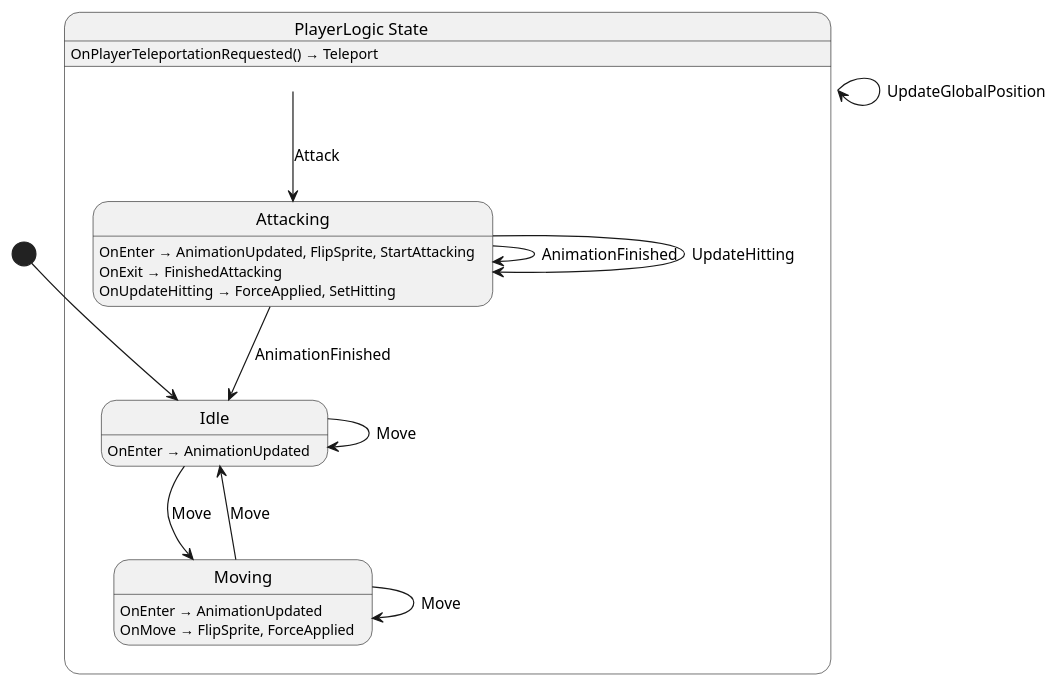
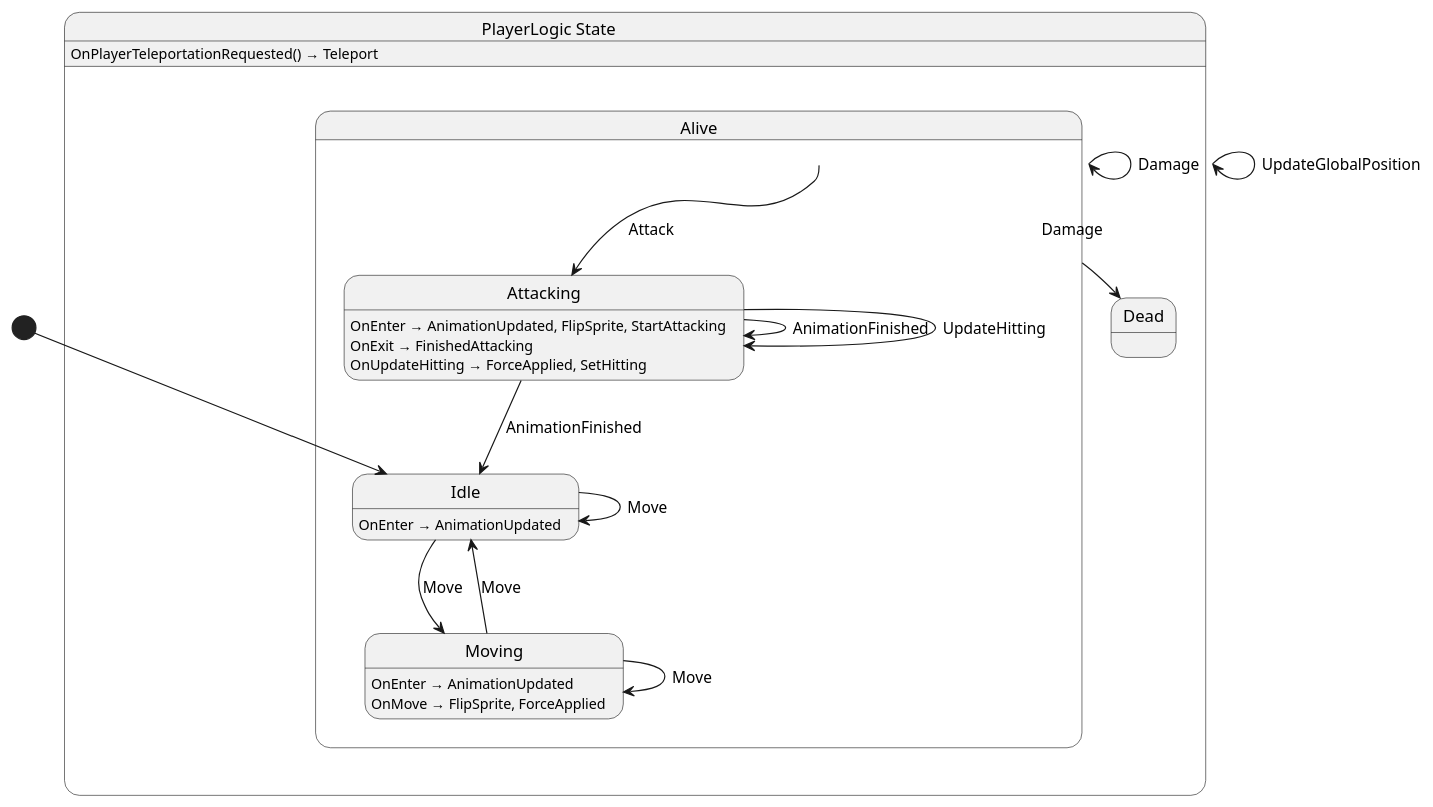
Before and after one commit to nilsiker/godot-wild-jam-77: the diagram in src/player/state/PlayerLogic.g.puml, drawn with PlantUML. The commit also changed 27 other files, not shown here.

```diff
--- a/src/player/state/PlayerLogic.g.puml
+++ b/src/player/state/PlayerLogic.g.puml
@@ -1,27 +1,32 @@
 @startuml PlayerLogic
 state "PlayerLogic State" as Nevergreen_PlayerLogic_State {
-  state "Attacking" as Nevergreen_PlayerLogic_State_Attacking
-  state "Idle" as Nevergreen_PlayerLogic_State_Idle
-  state "Moving" as Nevergreen_PlayerLogic_State_Moving
+  state "Alive" as Nevergreen_PlayerLogic_State_Alive {
+    state "Attacking" as Nevergreen_PlayerLogic_State_Alive_Attacking
+    state "Idle" as Nevergreen_PlayerLogic_State_Alive_Idle
+    state "Moving" as Nevergreen_PlayerLogic_State_Alive_Moving
+  }
+  state "Dead" as Nevergreen_PlayerLogic_State_Dead
 }
 
 Nevergreen_PlayerLogic_State --> Nevergreen_PlayerLogic_State : UpdateGlobalPosition
-Nevergreen_PlayerLogic_State --> Nevergreen_PlayerLogic_State_Attacking : Attack
-Nevergreen_PlayerLogic_State_Attacking --> Nevergreen_PlayerLogic_State_Attacking : AnimationFinished
-Nevergreen_PlayerLogic_State_Attacking --> Nevergreen_PlayerLogic_State_Attacking : UpdateHitting
-Nevergreen_PlayerLogic_State_Attacking --> Nevergreen_PlayerLogic_State_Idle : AnimationFinished
-Nevergreen_PlayerLogic_State_Idle --> Nevergreen_PlayerLogic_State_Idle : Move
-Nevergreen_PlayerLogic_State_Idle --> Nevergreen_PlayerLogic_State_Moving : Move
-Nevergreen_PlayerLogic_State_Moving --> Nevergreen_PlayerLogic_State_Idle : Move
-Nevergreen_PlayerLogic_State_Moving --> Nevergreen_PlayerLogic_State_Moving : Move
+Nevergreen_PlayerLogic_State_Alive --> Nevergreen_PlayerLogic_State_Alive : Damage
+Nevergreen_PlayerLogic_State_Alive --> Nevergreen_PlayerLogic_State_Alive_Attacking : Attack
+Nevergreen_PlayerLogic_State_Alive --> Nevergreen_PlayerLogic_State_Dead : Damage
+Nevergreen_PlayerLogic_State_Alive_Attacking --> Nevergreen_PlayerLogic_State_Alive_Attacking : AnimationFinished
+Nevergreen_PlayerLogic_State_Alive_Attacking --> Nevergreen_PlayerLogic_State_Alive_Attacking : UpdateHitting
+Nevergreen_PlayerLogic_State_Alive_Attacking --> Nevergreen_PlayerLogic_State_Alive_Idle : AnimationFinished
+Nevergreen_PlayerLogic_State_Alive_Idle --> Nevergreen_PlayerLogic_State_Alive_Idle : Move
+Nevergreen_PlayerLogic_State_Alive_Idle --> Nevergreen_PlayerLogic_State_Alive_Moving : Move
+Nevergreen_PlayerLogic_State_Alive_Moving --> Nevergreen_PlayerLogic_State_Alive_Idle : Move
+Nevergreen_PlayerLogic_State_Alive_Moving --> Nevergreen_PlayerLogic_State_Alive_Moving : Move
 
 Nevergreen_PlayerLogic_State : OnPlayerTeleportationRequested() → Teleport
-Nevergreen_PlayerLogic_State_Attacking : OnEnter → AnimationUpdated, FlipSprite, StartAttacking
-Nevergreen_PlayerLogic_State_Attacking : OnExit → FinishedAttacking
-Nevergreen_PlayerLogic_State_Attacking : OnUpdateHitting → ForceApplied, SetHitting
-Nevergreen_PlayerLogic_State_Idle : OnEnter → AnimationUpdated
-Nevergreen_PlayerLogic_State_Moving : OnEnter → AnimationUpdated
-Nevergreen_PlayerLogic_State_Moving : OnMove → FlipSprite, ForceApplied
+Nevergreen_PlayerLogic_State_Alive_Attacking : OnEnter → AnimationUpdated, FlipSprite, StartAttacking
+Nevergreen_PlayerLogic_State_Alive_Attacking : OnExit → FinishedAttacking
+Nevergreen_PlayerLogic_State_Alive_Attacking : OnUpdateHitting → ForceApplied, SetHitting
+Nevergreen_PlayerLogic_State_Alive_Idle : OnEnter → AnimationUpdated
+Nevergreen_PlayerLogic_State_Alive_Moving : OnEnter → AnimationUpdated
+Nevergreen_PlayerLogic_State_Alive_Moving : OnMove → FlipSprite, ForceApplied
 
-[*] --> Nevergreen_PlayerLogic_State_Idle
+[*] --> Nevergreen_PlayerLogic_State_Alive_Idle
 @enduml
```
